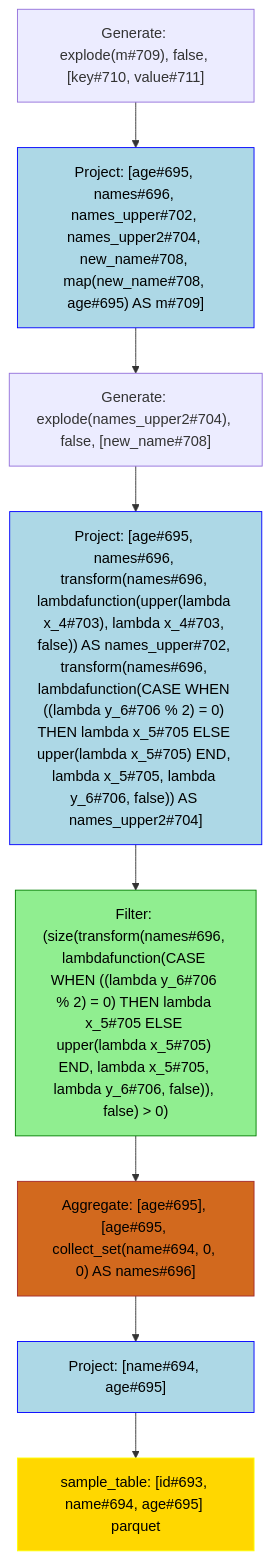
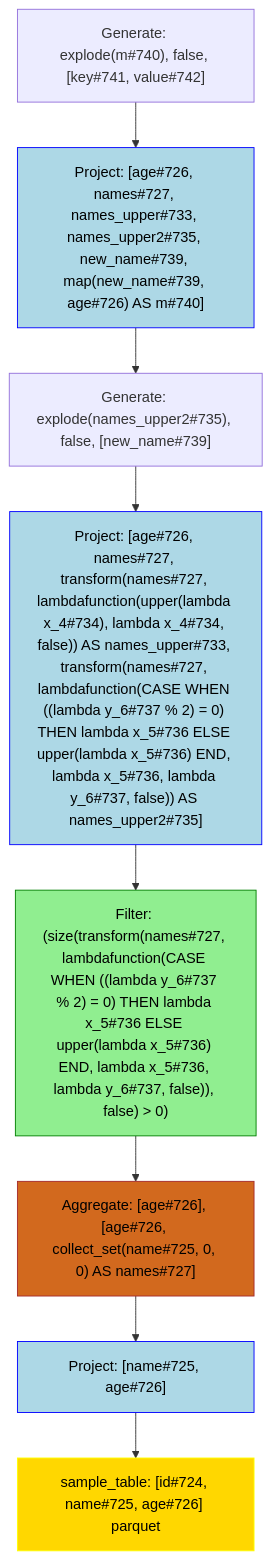
The diagram in data/visualization/explode.mmd (NielkNetraam/explainalyzed), drawn with Mermaid before and after one commit. The commit also changed 29 other files, not shown here.

```diff
--- a/data/visualization/explode.mmd
+++ b/data/visualization/explode.mmd
@@ -1,25 +1,25 @@
 flowchart TD
     classDef PROJECT stroke:Blue,fill:LightBlue,color:black
     classDef FILTER stroke:Green,fill:LightGreen,color:black
     classDef UNION stroke:Purple,fill:Violet,color:black
     classDef JOIN stroke:DarkOrange,fill:Orange,color:black
     classDef RELATION stroke:Yellow,fill:Gold,color:black
     classDef AGGREGATE stroke:Brown,fill:Chocolate,color:black
     classDef WINDOW stroke:Aqua,fill:Cyan,color:black
 
-    Generate#00001["Generate: explode(m#709), false, [key#710, value#711]"]:::GENERATE
-    Project#00002["Project: [age#695, names#696, names_upper#702, names_upper2#704, new_name#708, map(new_name#708, age#695) AS m#709]"]:::PROJECT
-    Generate#00003["Generate: explode(names_upper2#704), false, [new_name#708]"]:::GENERATE
-    Project#00004["Project: [age#695, names#696, transform(names#696, lambdafunction(upper(lambda x_4#703), lambda x_4#703, false)) AS names_upper#702, transform(names#696, lambdafunction(CASE WHEN ((lambda y_6#706 % 2) = 0) THEN lambda x_5#705 ELSE upper(lambda x_5#705) END, lambda x_5#705, lambda y_6#706, false)) AS names_upper2#704]"]:::PROJECT
-    Filter#00005["Filter: (size(transform(names#696, lambdafunction(CASE WHEN ((lambda y_6#706 % 2) = 0) THEN lambda x_5#705 ELSE upper(lambda x_5#705) END, lambda x_5#705, lambda y_6#706, false)), false) > 0)"]:::FILTER
-    Aggregate#00006["Aggregate: [age#695], [age#695, collect_set(name#694, 0, 0) AS names#696]"]:::AGGREGATE
-    Project#00007["Project: [name#694, age#695]"]:::PROJECT
-    Relation#00008["sample_table: [id#693, name#694, age#695] parquet"]:::RELATION
+    Generate#00001["Generate: explode(m#740), false, [key#741, value#742]"]:::GENERATE
+    Project#00002["Project: [age#726, names#727, names_upper#733, names_upper2#735, new_name#739, map(new_name#739, age#726) AS m#740]"]:::PROJECT
+    Generate#00003["Generate: explode(names_upper2#735), false, [new_name#739]"]:::GENERATE
+    Project#00004["Project: [age#726, names#727, transform(names#727, lambdafunction(upper(lambda x_4#734), lambda x_4#734, false)) AS names_upper#733, transform(names#727, lambdafunction(CASE WHEN ((lambda y_6#737 % 2) = 0) THEN lambda x_5#736 ELSE upper(lambda x_5#736) END, lambda x_5#736, lambda y_6#737, false)) AS names_upper2#735]"]:::PROJECT
+    Filter#00005["Filter: (size(transform(names#727, lambdafunction(CASE WHEN ((lambda y_6#737 % 2) = 0) THEN lambda x_5#736 ELSE upper(lambda x_5#736) END, lambda x_5#736, lambda y_6#737, false)), false) > 0)"]:::FILTER
+    Aggregate#00006["Aggregate: [age#726], [age#726, collect_set(name#725, 0, 0) AS names#727]"]:::AGGREGATE
+    Project#00007["Project: [name#725, age#726]"]:::PROJECT
+    Relation#00008["sample_table: [id#724, name#725, age#726] parquet"]:::RELATION
 
     Generate#00001 --> Project#00002
         Project#00002 --> Generate#00003
             Generate#00003 --> Project#00004
                 Project#00004 --> Filter#00005
                     Filter#00005 --> Aggregate#00006
                         Aggregate#00006 --> Project#00007
                             Project#00007 --> Relation#00008
```
